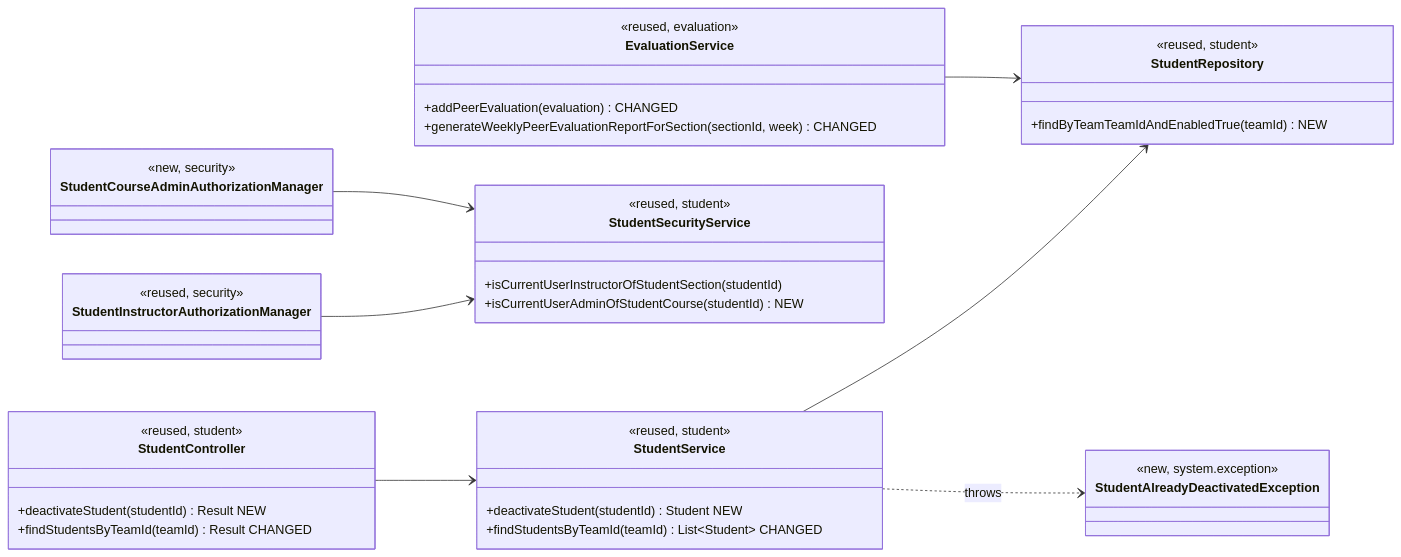
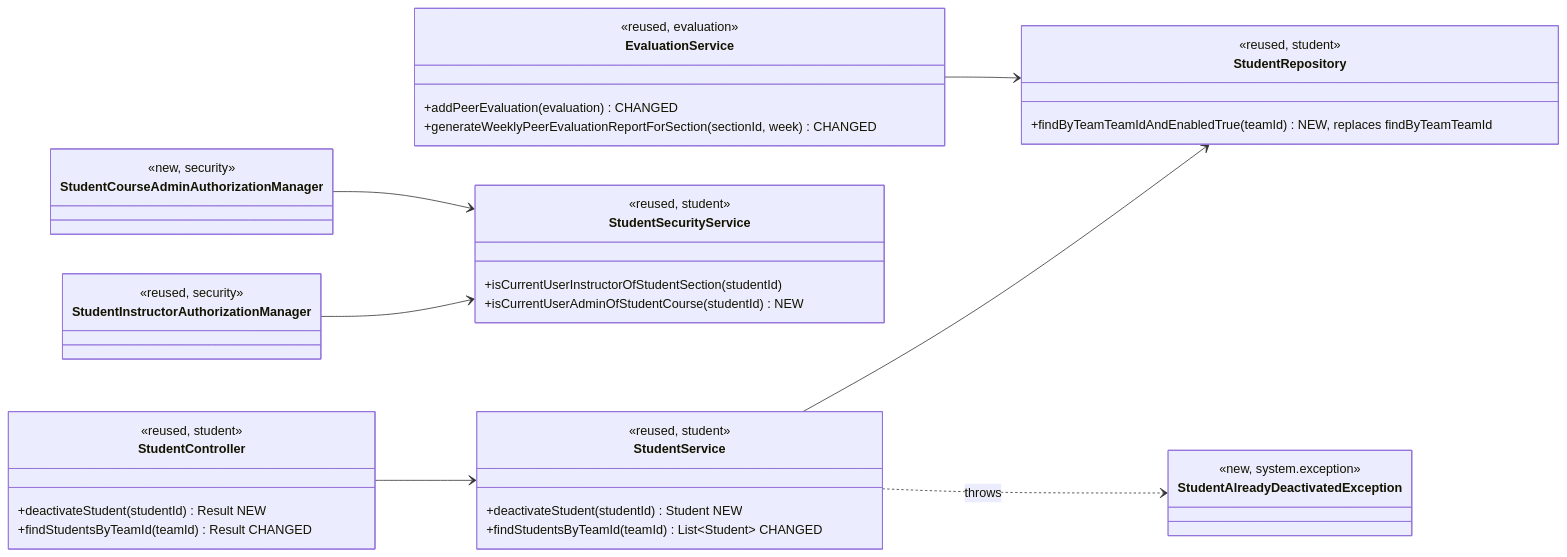
One commit to stijee/add-a-use-case changed the first of 3 diagrams in docs/design/stu.md. Above: the diagram before and after it, drawn with Mermaid. The commit also changed other lines of this file and 1 other file, not shown here.

````diff
--- a/docs/design/stu.md
+++ b/docs/design/stu.md
@@ -16,43 +16,43 @@
 ```mermaid
 classDiagram
     direction LR
     class StudentController {
         <<reused, student>>
         +deactivateStudent(studentId) Result NEW
         +findStudentsByTeamId(teamId) Result CHANGED
     }
     class StudentService {
         <<reused, student>>
         +deactivateStudent(studentId) Student NEW
         +findStudentsByTeamId(teamId) List~Student~ CHANGED
     }
     class StudentRepository {
         <<reused, student>>
-        +findByTeamTeamIdAndEnabledTrue(teamId) NEW
+        +findByTeamTeamIdAndEnabledTrue(teamId) NEW, replaces findByTeamTeamId
     }
     class StudentSecurityService {
         <<reused, student>>
         +isCurrentUserInstructorOfStudentSection(studentId)
         +isCurrentUserAdminOfStudentCourse(studentId) NEW
     }
     class StudentInstructorAuthorizationManager {
         <<reused, security>>
     }
     class StudentCourseAdminAuthorizationManager {
         <<new, security>>
     }
     class StudentAlreadyDeactivatedException {
         <<new, system.exception>>
     }
     class EvaluationService {
         <<reused, evaluation>>
         +addPeerEvaluation(evaluation) CHANGED
         +generateWeeklyPeerEvaluationReportForSection(sectionId, week) CHANGED
     }
     StudentController --> StudentService
     StudentService --> StudentRepository
     StudentService ..> StudentAlreadyDeactivatedException : throws
     StudentInstructorAuthorizationManager --> StudentSecurityService
     StudentCourseAdminAuthorizationManager --> StudentSecurityService
     EvaluationService --> StudentRepository
 ```
````
